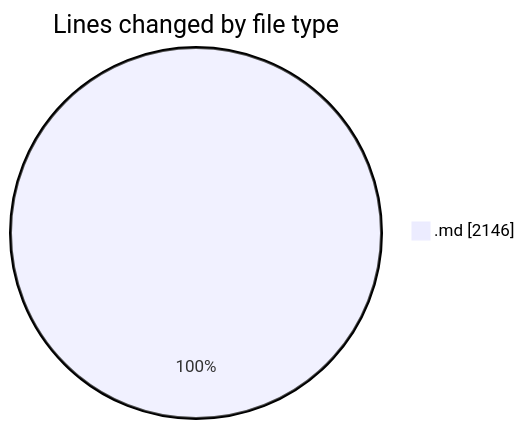
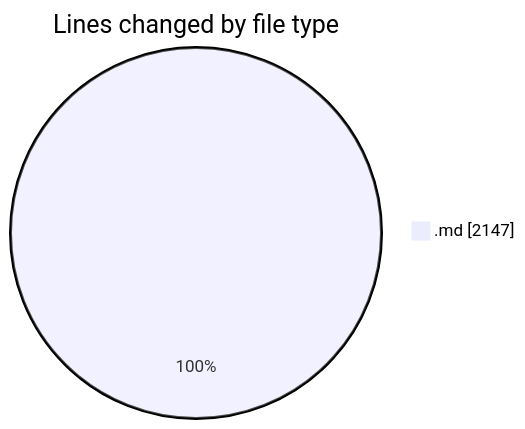
Before and after one commit to Ritupan-Deka/code-tracking: the first of 2 diagrams in 2025-07-07/urlwebwala_intership_work/README.md, drawn with Mermaid. The commit also changed other lines of this file and 1 other file, not shown here.

````diff
--- a/2025-07-07/urlwebwala_intership_work/README.md
+++ b/2025-07-07/urlwebwala_intership_work/README.md
@@ -22,5 +22,5 @@
 ```mermaid
 pie showData
 title Lines changed by file type
-".md" : 2146
+".md" : 2147
 ```
````
